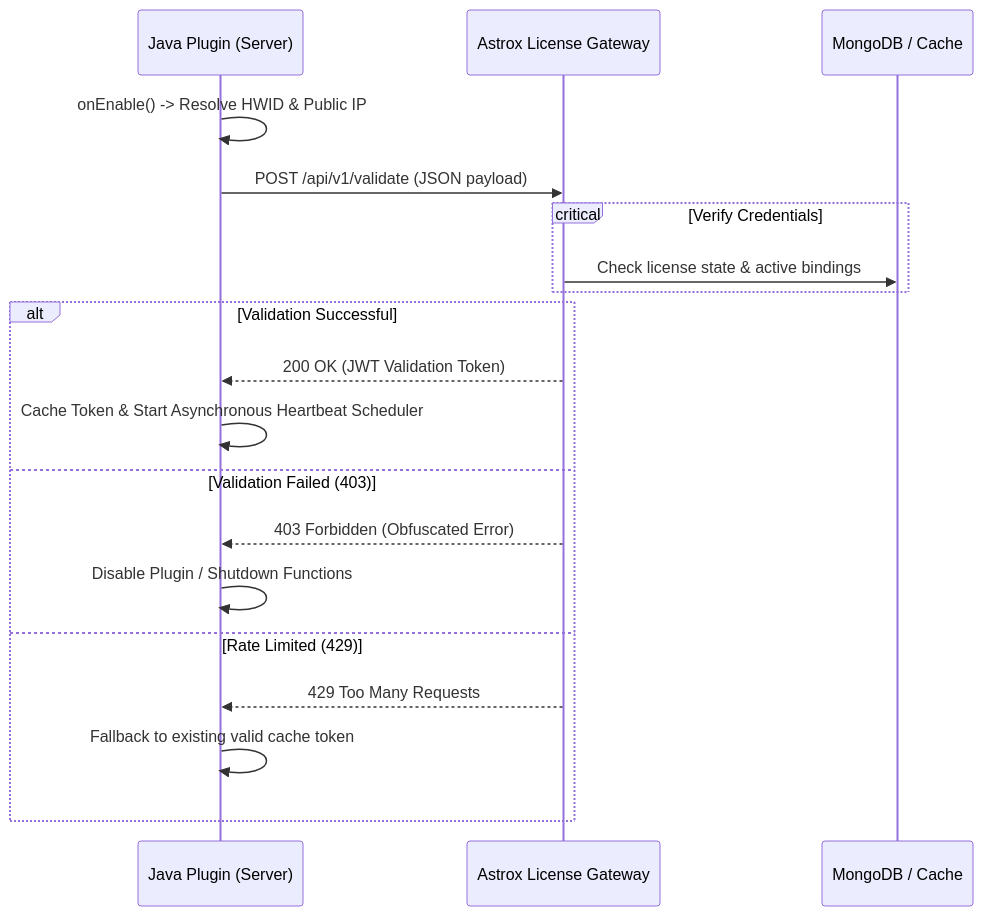
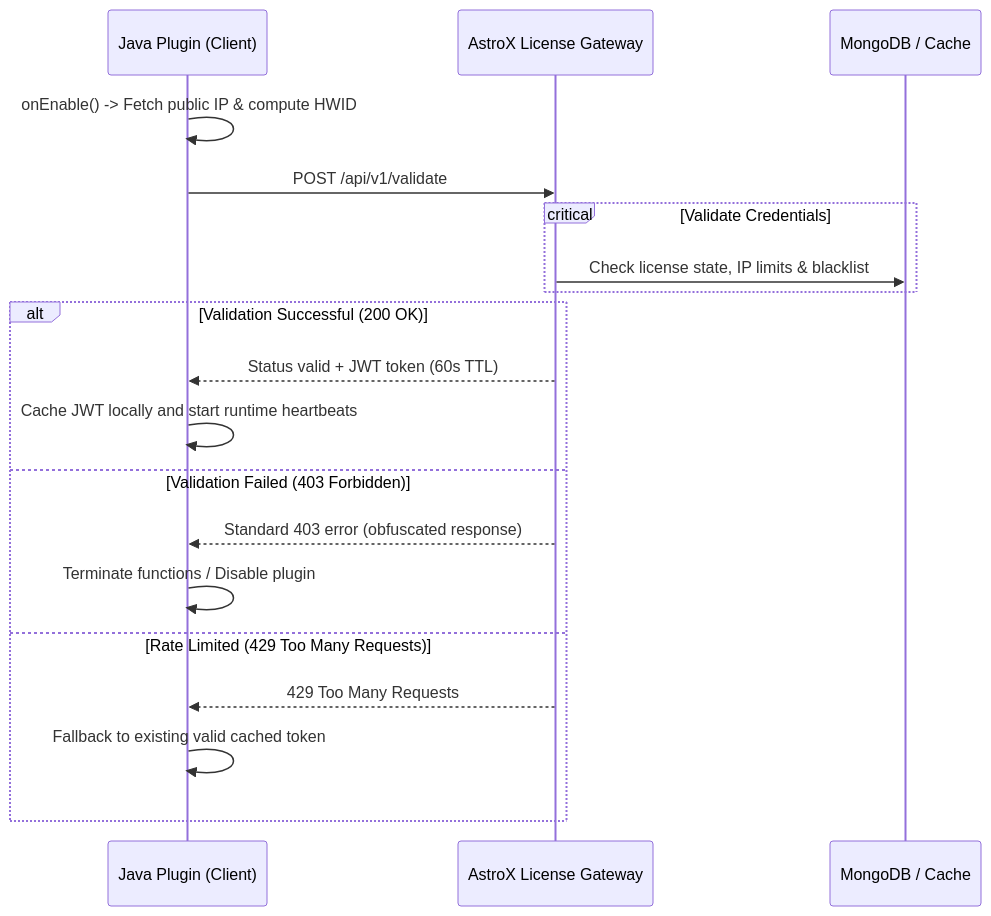
Before and after one commit to Eangly99/astrox-license: the diagram in docs/java-integration.md, drawn with Mermaid. The commit also changed other lines of this file and 3 other files, not shown here.

````diff
--- a/docs/java-integration.md
+++ b/docs/java-integration.md
@@ -11,22 +11,22 @@
 ```mermaid
 sequenceDiagram
-    participant P as Java Plugin (Server)
-    participant G as Astrox License Gateway
+    participant P as Java Plugin (Client)
+    participant G as AstroX License Gateway
     participant D as MongoDB / Cache
 
-    P->>P: onEnable() -> Resolve HWID & Public IP
-    P->>G: POST /api/v1/validate (JSON payload)
-    critical Verify Credentials
-        G->>D: Check license state & active bindings
+    P->>P: onEnable() -> Fetch public IP & compute HWID
+    P->>G: POST /api/v1/validate
+    critical Validate Credentials
+        G->>D: Check license state, IP limits & blacklist
     end
-    alt Validation Successful
-        G-->>P: 200 OK (JWT Validation Token)
-        P->>P: Cache Token & Start Asynchronous Heartbeat Scheduler
-    else Validation Failed (403)
-        G-->>P: 403 Forbidden (Obfuscated Error)
-        P->>P: Disable Plugin / Shutdown Functions
-    else Rate Limited (429)
+    alt Validation Successful (200 OK)
+        G-->>P: Status valid + JWT token (60s TTL)
+        P->>P: Cache JWT locally and start runtime heartbeats
+    else Validation Failed (403 Forbidden)
+        G-->>P: Standard 403 error (obfuscated response)
+        P->>P: Terminate functions / Disable plugin
+    else Rate Limited (429 Too Many Requests)
         G-->>P: 429 Too Many Requests
-        P->>P: Fallback to existing valid cache token
+        P->>P: Fallback to existing valid cached token
     end
 ```
````
